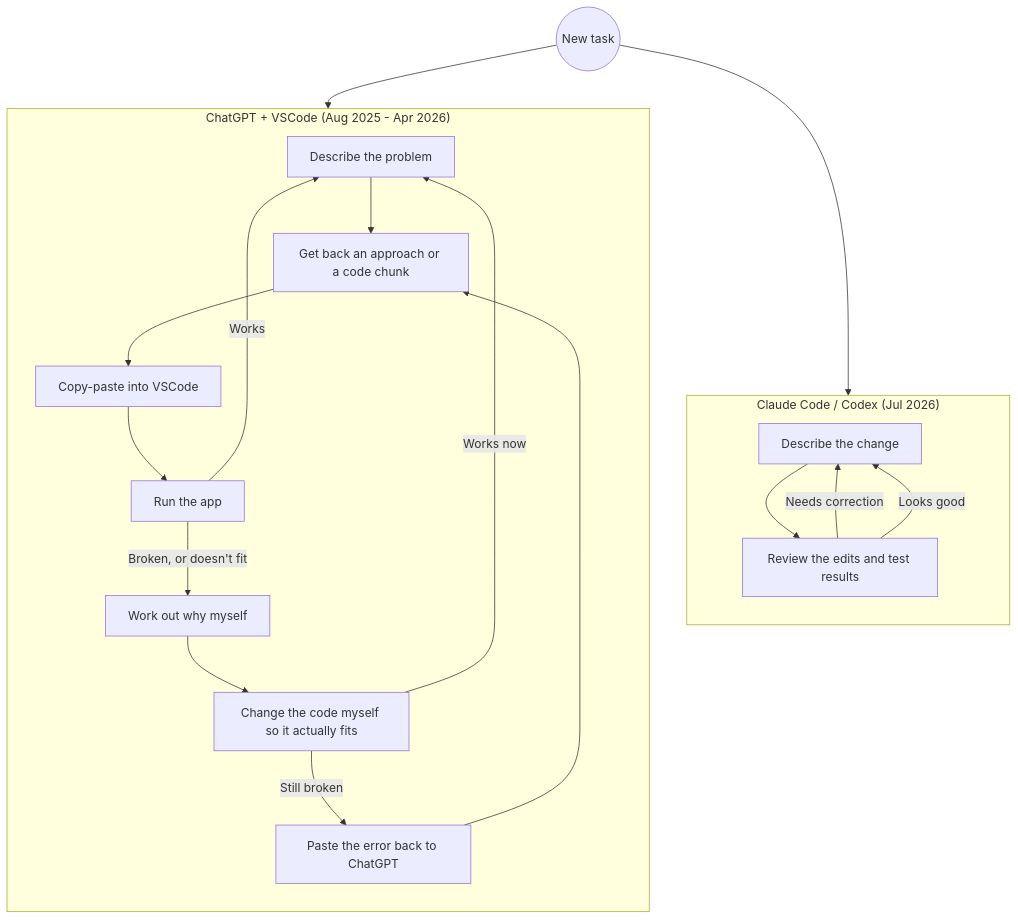
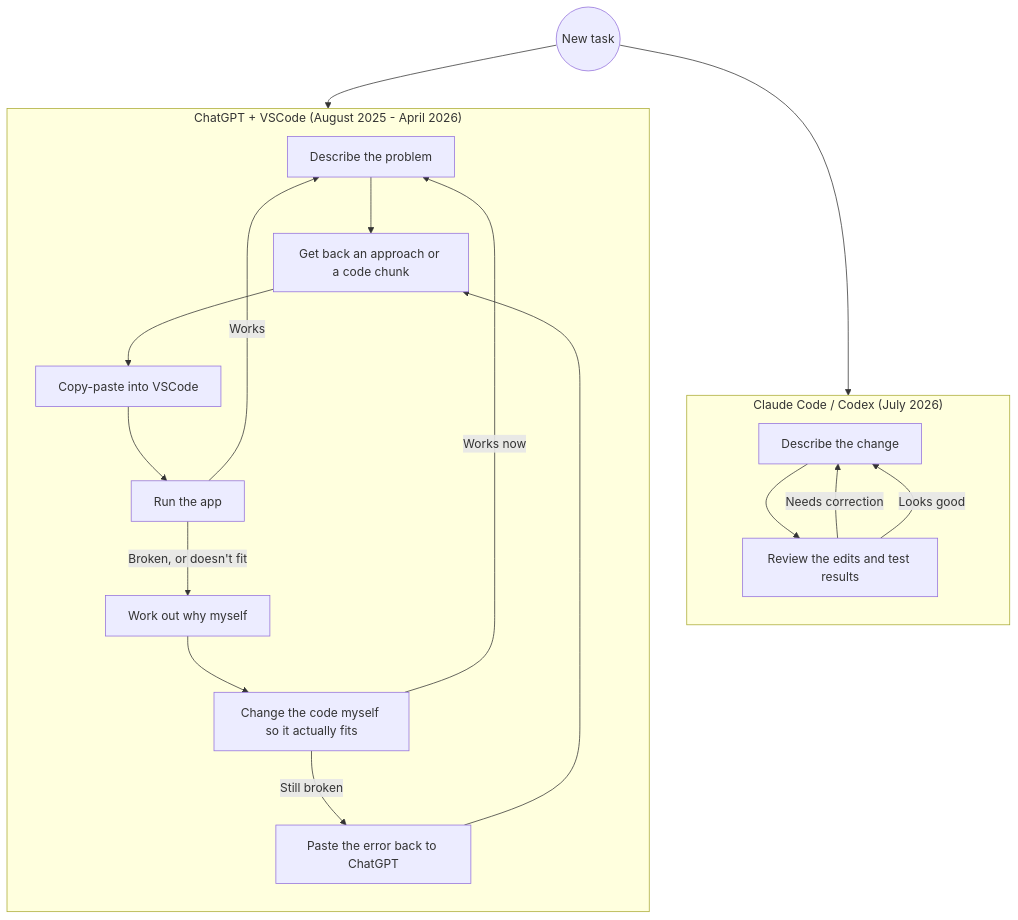
One commit to Nachiket-2024/mystic-auth changed the diagram in docs/mystic_auth/project-story/tools.md. Above: the diagram before and after it, drawn with Mermaid. The commit also changed other lines of this file and 248 other files, not shown here.

````diff
--- a/docs/mystic_auth/project-story/tools.md
+++ b/docs/mystic_auth/project-story/tools.md
@@ -7,25 +7,25 @@
 ```mermaid
 flowchart TB
     Task(("New task")) --> B1
     Task --> A1
 
-    subgraph Agentic["Claude Code / Codex (Jul 2026)"]
+    subgraph Agentic["Claude Code / Codex (July 2026)"]
         direction TB
         B1[Describe the change] --> B2[Review the edits and test results]
         B2 -->|Needs correction| B1
         B2 -->|Looks good| B1
     end
 
-    subgraph Manual["ChatGPT + VSCode (Aug 2025 - Apr 2026)"]
+    subgraph Manual["ChatGPT + VSCode (August 2025 - April 2026)"]
         direction TB
         A1[Describe the problem] --> A2[Get back an approach or a code chunk]
         A2 --> A3[Copy-paste into VSCode]
         A3 --> A4[Run the app]
         A4 -->|Works| A1
         A4 -->|Broken, or doesn't fit| A5[Work out why myself]
         A5 --> A6[Change the code myself so it actually fits]
         A6 -->|Works now| A1
         A6 -->|Still broken| A7[Paste the error back to ChatGPT]
         A7 --> A2
     end
 ```
````
